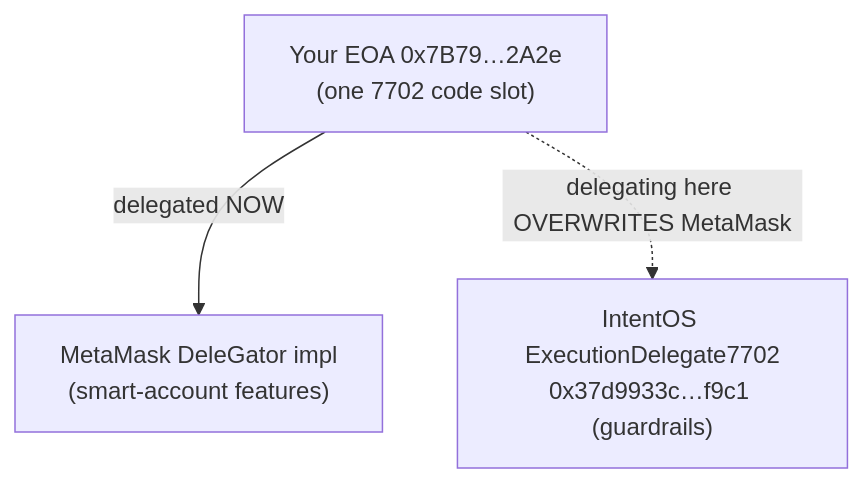
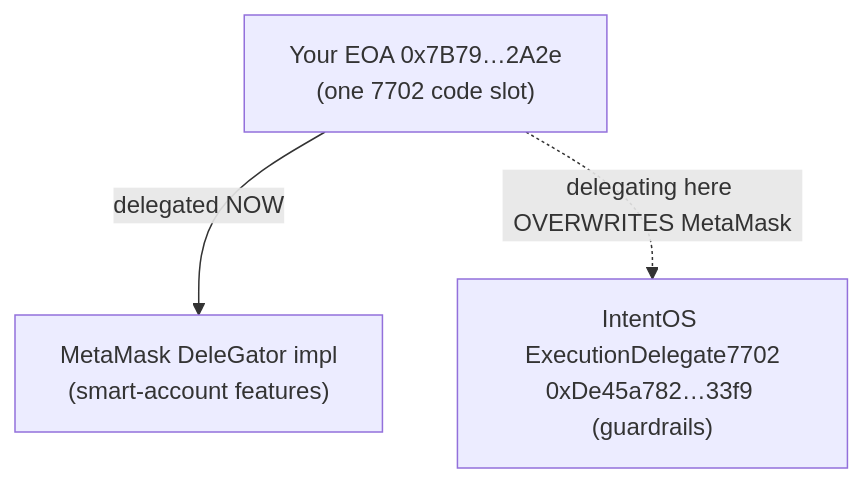
The first of 3 diagrams in plan/080-refactor-per-user-7702.md (rtree/2026NYC-ethglobal), drawn with Mermaid before and after one commit. The commit also changed other lines of this file and 13 other files, not shown here.

First line of the commit message:
fix(7702): redeploy ExecutionDelegate7702 (9-arg initialize) — stale impl caused activation revert

````diff
--- a/plan/080-refactor-per-user-7702.md
+++ b/plan/080-refactor-per-user-7702.md
@@ -76,8 +76,8 @@
 ```mermaid
 graph TD
   EOA["Your EOA 0x7B79…2A2e<br/>(one 7702 code slot)"]
   MM["MetaMask DeleGator impl<br/>(smart-account features)"]
-  IOS["IntentOS ExecutionDelegate7702<br/>0x37d9933c…f9c1 (guardrails)"]
+  IOS["IntentOS ExecutionDelegate7702<br/>0xDe45a782…33f9 (guardrails)"]
   EOA -- "delegated NOW" --> MM
   EOA -. "delegating here OVERWRITES MetaMask" .-> IOS
 ```
````
